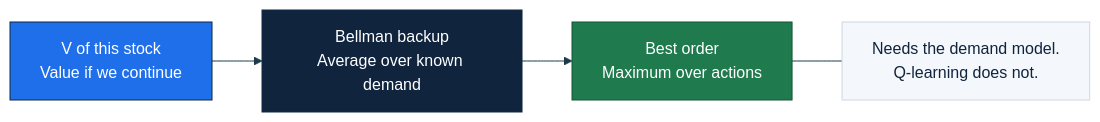
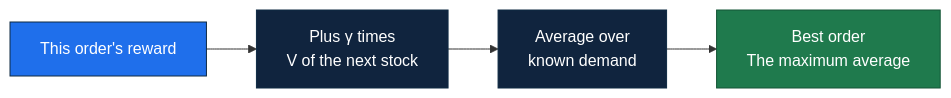
Before and after one commit to salihtutun/Agentic-AI_Autonomous_Decision_Making: the diagram in assets/mermaid/bellman.mmd, drawn with Mermaid. The commit also changed 24 other files, not shown here.

Commit message:
feat: redraw the session diagrams so the arrows match the lesson

```diff
--- a/assets/mermaid/bellman.mmd
+++ b/assets/mermaid/bellman.mmd
@@ -1,14 +1,10 @@
-%%{init: {'theme':'base','themeVariables':{'fontFamily':'Segoe UI, Arial, sans-serif','fontSize':'16px','lineColor':'#1B3A4B'}}}%%
 flowchart LR
-    V["V of this stock<br/>Value if we continue"] --> B["Bellman backup<br/>Average over known demand"]
-    B --> BEST["Best order<br/>Maximum over actions"]
-    NOTE["Needs the demand model.<br/>Q-learning does not."]
-    BEST --- NOTE
+    NOW["This order's reward"] --> NEXT["Plus γ times<br/>V of the next stock"]
+    NEXT --> AVG["Average over<br/>known demand"]
+    AVG --> BEST["Best order<br/>The maximum average"]
     classDef blue fill:#1F6FEB,stroke:#0E2A43,color:#ffffff
     classDef navy fill:#10243E,stroke:#0E2A43,color:#ffffff
     classDef green fill:#1F7A4D,stroke:#145536,color:#ffffff
-    classDef note fill:#F4F7FB,stroke:#D0D7E2,color:#10243E
-    class V blue
-    class B navy
+    class NOW blue
+    class NEXT,AVG navy
     class BEST green
-    class NOTE note
```
